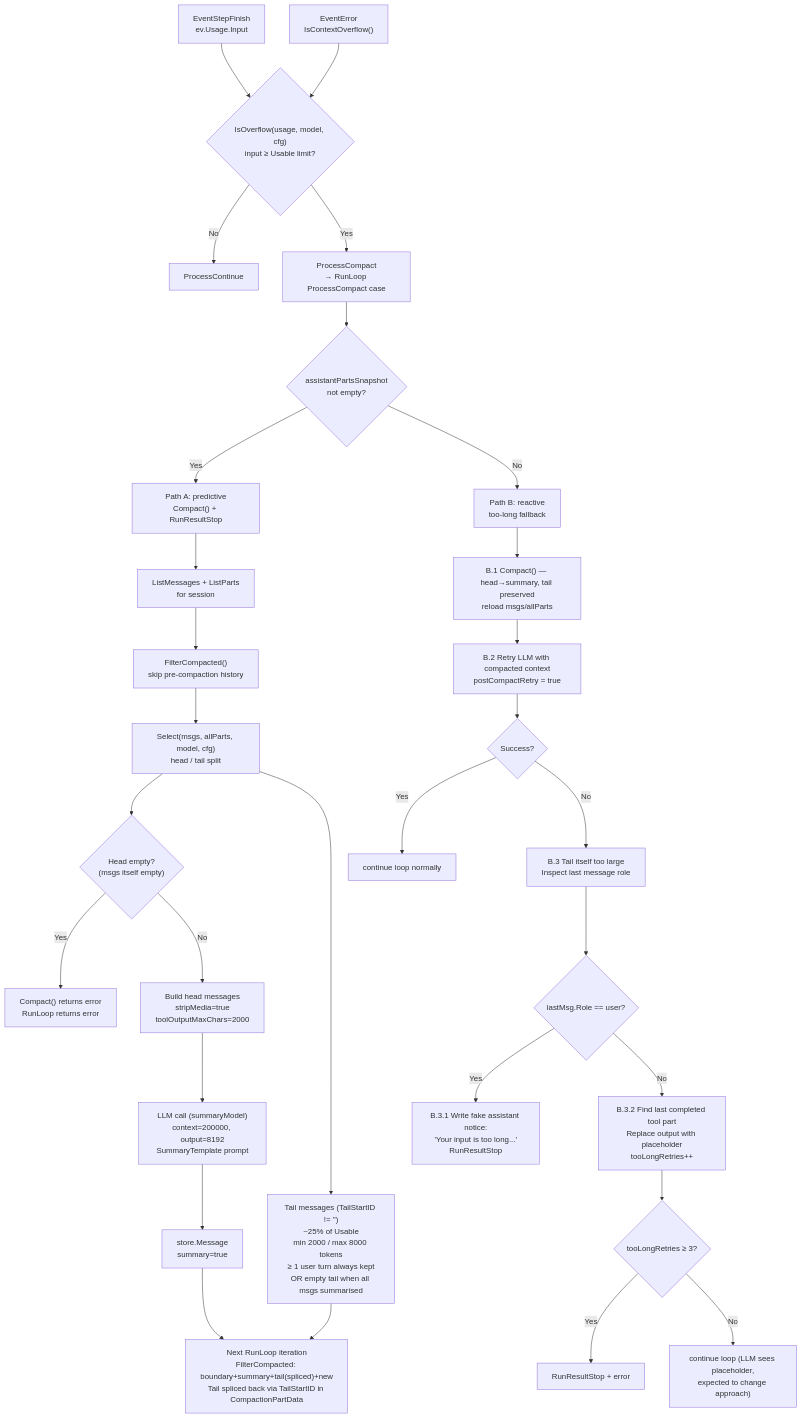
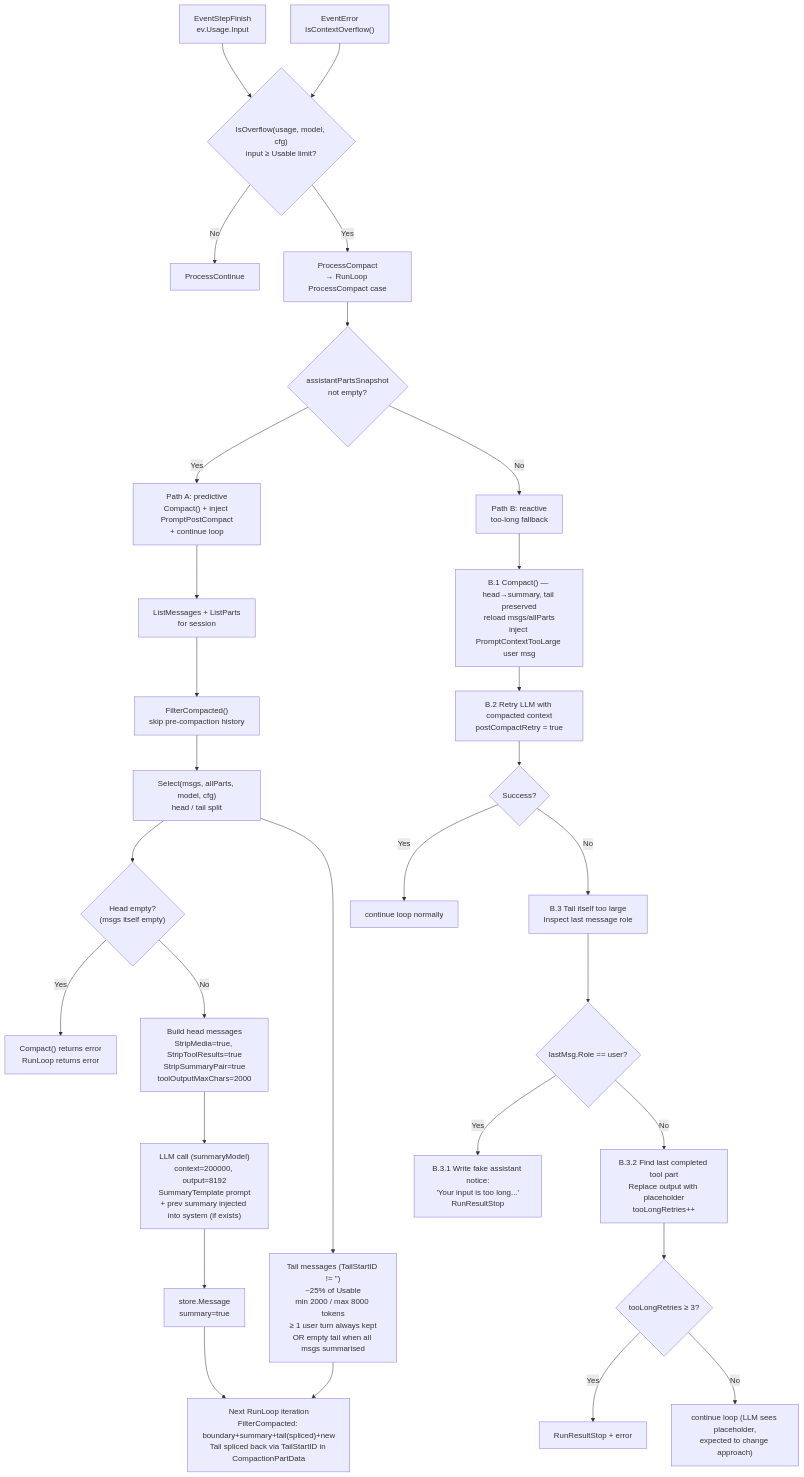
One commit to larryhou/llm-go changed the third of 10 diagrams in .opencode/skills/llm/SKILL.md. Above: the diagram before and after it, drawn with Mermaid. The commit also changed other lines of this file, not shown here.

First line of the commit message:
docs(skill/llm): update compaction section to reflect recent changes

````diff
--- a/.opencode/skills/llm/SKILL.md
+++ b/.opencode/skills/llm/SKILL.md
@@ -99,40 +99,40 @@
 ```mermaid
 flowchart TD
     StepFinish["EventStepFinish\nev.Usage.Input"] --> IsOverflow{"IsOverflow(usage, model, cfg)\ninput ≥ Usable limit?"}
     ProviderError["EventError\nIsContextOverflow()"] --> IsOverflow
     IsOverflow -- No --> Continue["ProcessContinue"]
     IsOverflow -- Yes --> ProcessCompact["ProcessCompact\n→ RunLoop ProcessCompact case"]
 
     ProcessCompact --> HasParts{"assistantPartsSnapshot\nnot empty?"}
-    HasParts -- Yes --> PathA["Path A: predictive\nCompact() + RunResultStop"]
+    HasParts -- Yes --> PathA["Path A: predictive\nCompact() + inject PromptPostCompact\n+ continue loop"]
     HasParts -- No --> PathB["Path B: reactive\ntoo-long fallback"]
 
-    PathB --> B1["B.1 Compact() — head→summary, tail preserved\nreload msgs/allParts"]
+    PathB --> B1["B.1 Compact() — head→summary, tail preserved\nreload msgs/allParts\ninject PromptContextTooLarge user msg"]
     B1 --> B2["B.2 Retry LLM with compacted context\npostCompactRetry = true"]
     B2 --> B2OK{"Success?"}
     B2OK -- Yes --> Continue2["continue loop normally"]
     B2OK -- No --> B3["B.3 Tail itself too large\nInspect last message role"]
 
     B3 --> UserRole{"lastMsg.Role == user?"}
     UserRole -- Yes --> B31["B.3.1 Write fake assistant notice:\n'Your input is too long...'\nRunResultStop"]
     UserRole -- No --> B32["B.3.2 Find last completed tool part\nReplace output with placeholder\ntooLongRetries++"]
     B32 --> Limit{"tooLongRetries ≥ 3?"}
     Limit -- Yes --> Stop["RunResultStop + error"]
     Limit -- No --> Retry["continue loop (LLM sees placeholder,\nexpected to change approach)"]
 
     PathA --> ListMsgs["ListMessages + ListParts\nfor session"]
     ListMsgs --> FilterCompacted["FilterCompacted()\nskip pre-compaction history"]
     FilterCompacted --> Select["Select(msgs, allParts, model, cfg)\nhead / tail split"]
 
     Select --> NothingToSummarise{"Head empty?\n(msgs itself empty)"}
     NothingToSummarise -- Yes --> CompactFail["Compact() returns error\nRunLoop returns error"]
-    NothingToSummarise -- No --> BuildHead["Build head messages\nstripMedia=true\ntoolOutputMaxChars=2000"]
+    NothingToSummarise -- No --> BuildHead["Build head messages\nStripMedia=true, StripToolResults=true\nStripSummaryPair=true\ntoolOutputMaxChars=2000"]
 
-    BuildHead --> SummaryLLM["LLM call (summaryModel)\ncontext=200000, output=8192\nSummaryTemplate prompt"]
+    BuildHead --> SummaryLLM["LLM call (summaryModel)\ncontext=200000, output=8192\nSummaryTemplate prompt\n+ prev summary injected into system (if exists)"]
     SummaryLLM --> SummaryMsg["store.Message\nsummary=true"]
 
     Select --> Tail["Tail messages (TailStartID != '')\n~25% of Usable\nmin 2000 / max 8000 tokens\n≥ 1 user turn always kept\nOR empty tail when all msgs summarised"]
 
     SummaryMsg --> NextTurn["Next RunLoop iteration\nFilterCompacted: boundary+summary+tail(spliced)+new\nTail spliced back via TailStartID in CompactionPartData"]
     Tail --> NextTurn
 ```
````
